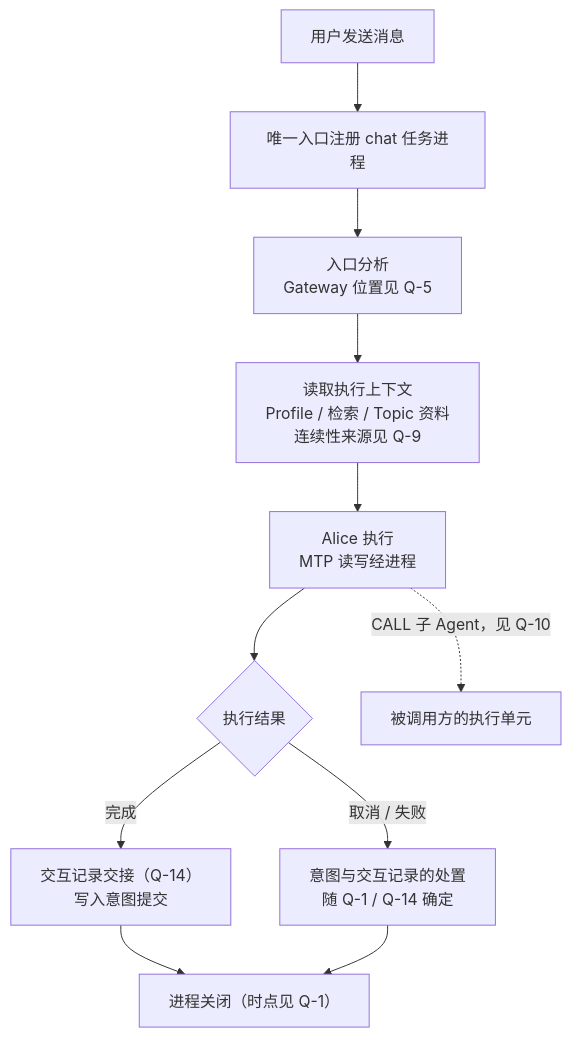
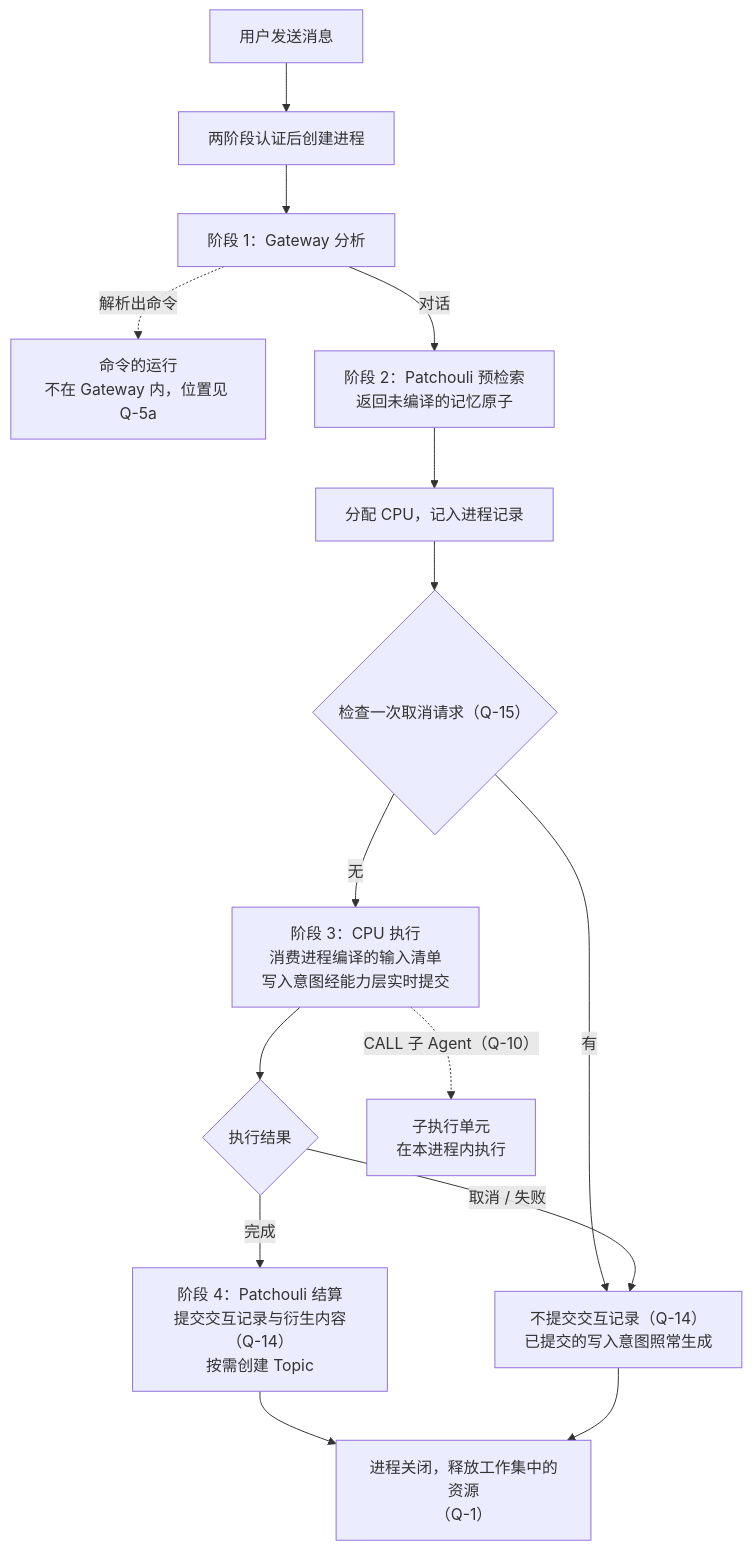
The fourth of 5 diagrams in docs/ideas/task-process-table-and-registration-entry.md (artemis03976/HiveMemory), drawn with Mermaid before and after one commit. The commit also changed other lines of this file and 179 other files, not shown here.

````diff
--- a/docs/ideas/task-process-table-and-registration-entry.md
+++ b/docs/ideas/task-process-table-and-registration-entry.md
@@ -131,13 +285,17 @@
 ```mermaid
 flowchart TB
-    A["用户发送消息"] --> B["唯一入口注册 chat 任务进程"]
-    B --> C["入口分析<br/>Gateway 位置见 Q-5"]
-    C --> D["读取执行上下文<br/>Profile / 检索 / Topic 资料<br/>连续性来源见 Q-9"]
-    D --> E["Alice 执行<br/>MTP 读写经进程"]
-    E --> F{"执行结果"}
-    F -- "完成" --> G["交互记录交接（Q-14）<br/>写入意图提交"]
-    F -- "取消 / 失败" --> H["意图与交互记录的处置<br/>随 Q-1 / Q-14 确定"]
-    G --> I["进程关闭（时点见 Q-1）"]
-    H --> I
-    E -. "CALL 子 Agent，见 Q-10" .-> J["被调用方的执行单元"]
+    A["用户发送消息"] --> B["两阶段认证后创建进程"]
+    B --> C["阶段 1：Gateway 分析"]
+    C -. "解析出命令" .-> K["命令的运行<br/>不在 Gateway 内，位置见 Q-5a"]
+    C -- "对话" --> D["阶段 2：Patchouli 预检索<br/>返回未编译的记忆原子"]
+    D --> E["分配 CPU，记入进程记录"]
+    E --> X{"检查一次取消请求（Q-15）"}
+    X -- "有" --> I
+    X -- "无" --> F["阶段 3：CPU 执行<br/>消费进程编译的输入清单<br/>写入意图经能力层实时提交"]
+    F --> G{"执行结果"}
+    G -- "完成" --> H["阶段 4：Patchouli 结算<br/>提交交互记录与衍生内容（Q-14）<br/>按需创建 Topic"]
+    G -- "取消 / 失败" --> I["不提交交互记录（Q-14）<br/>已提交的写入意图照常生成"]
+    H --> J["进程关闭，释放工作集中的资源<br/>（Q-1）"]
+    I --> J
+    F -. "CALL 子 Agent（Q-10）" .-> L["子执行单元<br/>在本进程内执行"]
 ```
````
